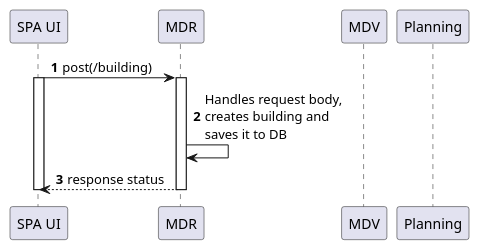
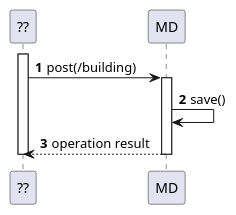
One commit to Departamento-de-Engenharia-Informatica/lapr5-23-24-g19 changed the diagram in docs/level_2/Processes Views/SD_US150.puml. Above: the diagram before and after it, drawn with PlantUML. The commit also changed 1 other file, not shown here.

```diff
--- a/docs/level_2/Processes Views/SD_US150.puml
+++ b/docs/level_2/Processes Views/SD_US150.puml
@@ -1,28 +1,18 @@
 @startuml
 autonumber
 
-'Single Page Application(SPA)
-participant "SPA UI" as ui
-participant "MDR" as mdr
-participant "MDV" as mdv
-participant "Planning" as plg
+participant "??" as ui
+participant "MD" as mdr
 
 
-ui -> mdr: post(/building)
 activate ui
 
-
+ui -> mdr: post(/building)
 activate mdr
-mdr -> mdr: Handles request body,\ncreates building and\nsaves it to DB
-
-mdr --> ui: response status
+    mdr -> mdr: save()
+    mdr --> ui: operation result
 deactivate mdr
-
 
 deactivate ui
 
-
-
-
-
 @enduml
```
